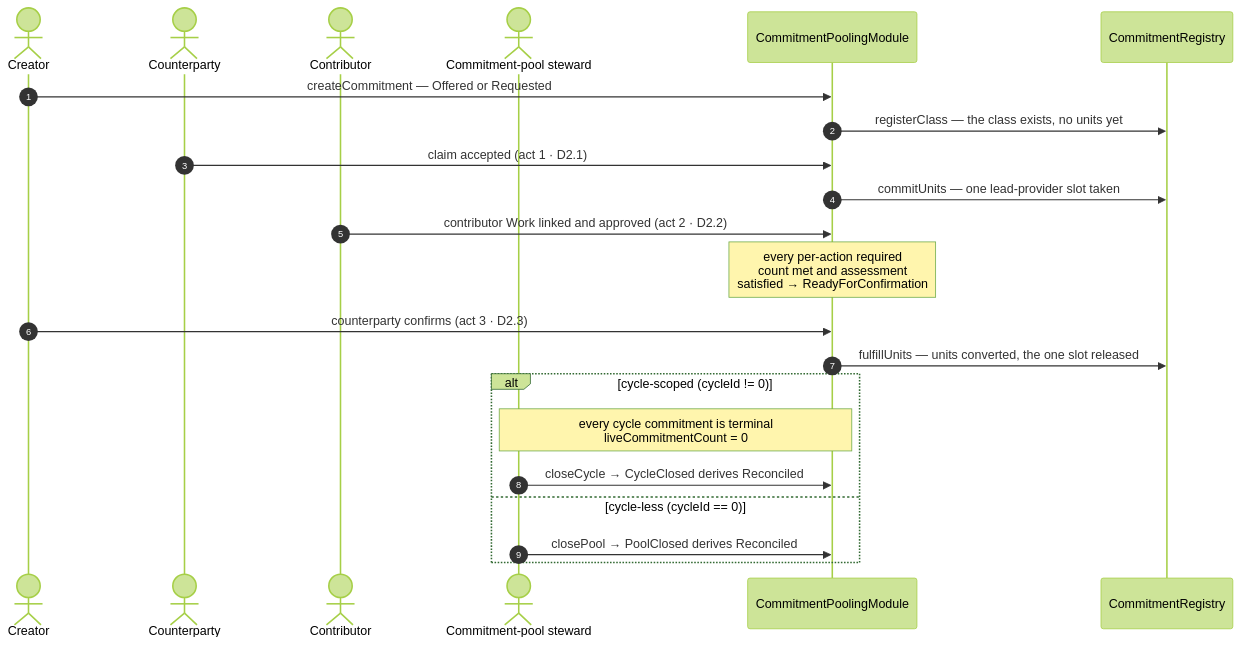
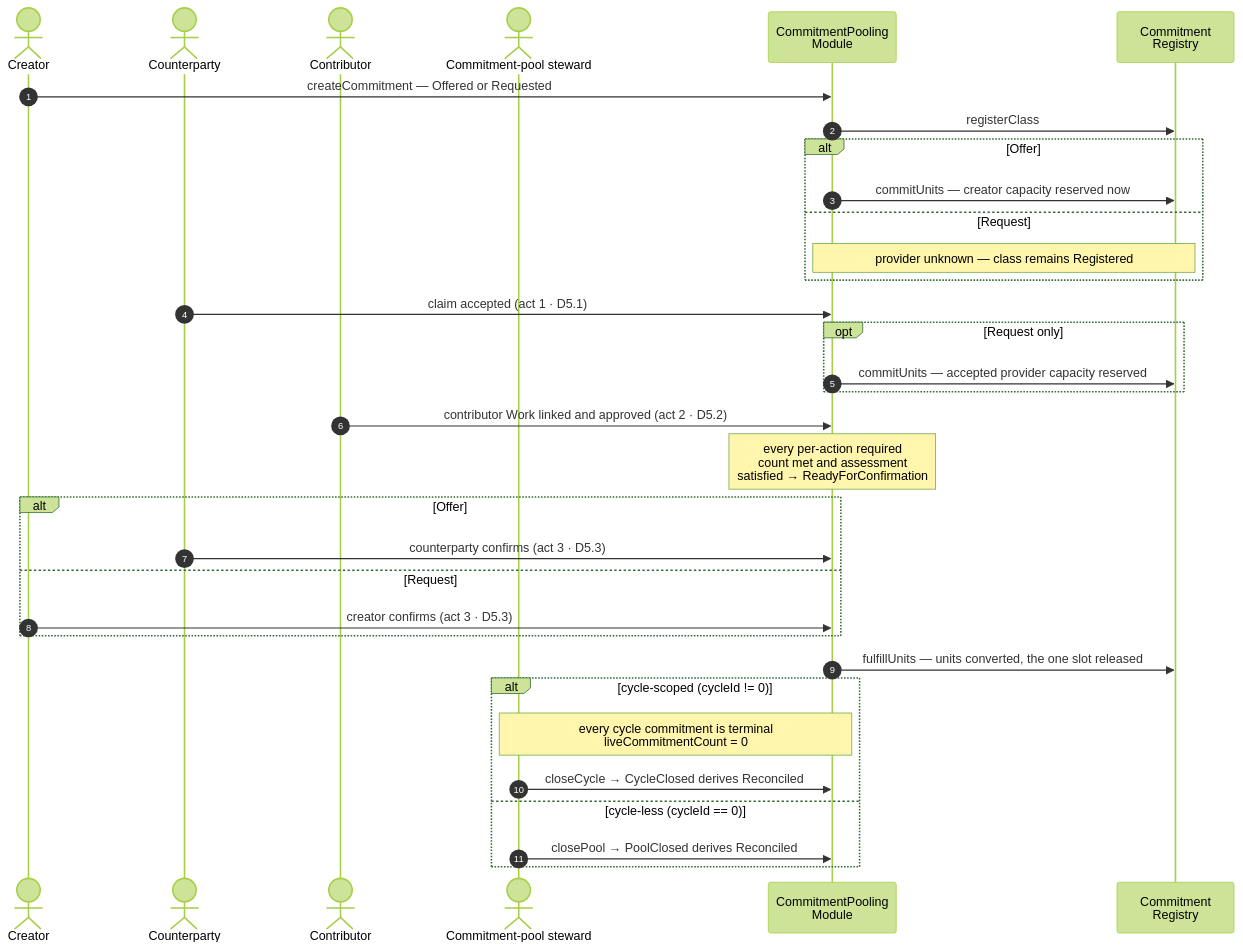
The fifth of 40 diagrams in .plans/active/commitment-pooling/diagrams.md (greenpill-dev-guild/green-goods), drawn with Mermaid (forest theme) before and after one commit. The commit also changed other lines of this file and 88 other files, not shown here.

First line of the commit message:
docs(commitment-pooling): revamp architecture and planning artifacts (#689)

````diff
--- a/.plans/active/commitment-pooling/diagrams.md
+++ b/.plans/active/commitment-pooling/diagrams.md
@@ -293,25 +445,36 @@
 ```mermaid
 sequenceDiagram
   autonumber
   actor A as Creator
   actor B as Counterparty
   actor C as Contributor
   actor OP as Commitment-pool steward
-  participant M as CommitmentPoolingModule
-  participant R as CommitmentRegistry
+  participant M as CommitmentPooling<br/>Module
+  participant R as Commitment<br/>Registry
 
   A->>M: createCommitment — Offered or Requested
-  M->>R: registerClass — the class exists, no units yet
-  B->>M: claim accepted (act 1 · D2.1)
-  M->>R: commitUnits — one lead-provider slot taken
-  C->>M: contributor Work linked and approved (act 2 · D2.2)
+  M->>R: registerClass
+  alt Offer
+    M->>R: commitUnits — creator capacity reserved now
+  else Request
+    Note over M,R: provider unknown — class remains Registered
+  end
+  B->>M: claim accepted (act 1 · D5.1)
+  opt Request only
+    M->>R: commitUnits — accepted provider capacity reserved
+  end
+  C->>M: contributor Work linked and approved (act 2 · D5.2)
   Note over M: every per-action required<br/>count met and assessment<br/>satisfied → ReadyForConfirmation
-  A->>M: counterparty confirms (act 3 · D2.3)
+  alt Offer
+    B->>M: counterparty confirms (act 3 · D5.3)
+  else Request
+    A->>M: creator confirms (act 3 · D5.3)
+  end
   M->>R: fulfillUnits — units converted, the one slot released
   alt cycle-scoped (cycleId != 0)
     Note over OP,M: every cycle commitment is terminal<br/>liveCommitmentCount = 0
     OP->>M: closeCycle → CycleClosed derives Reconciled
   else cycle-less (cycleId == 0)
     OP->>M: closePool → PoolClosed derives Reconciled
   end
 ```
````
